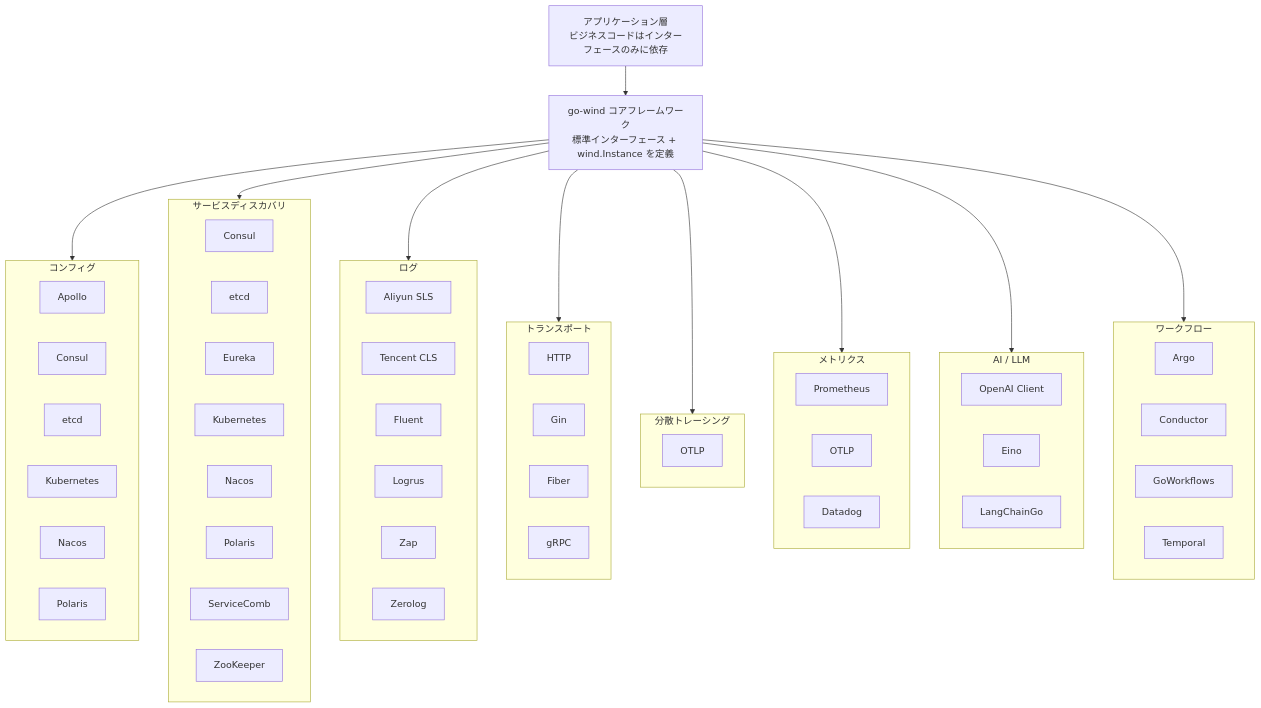
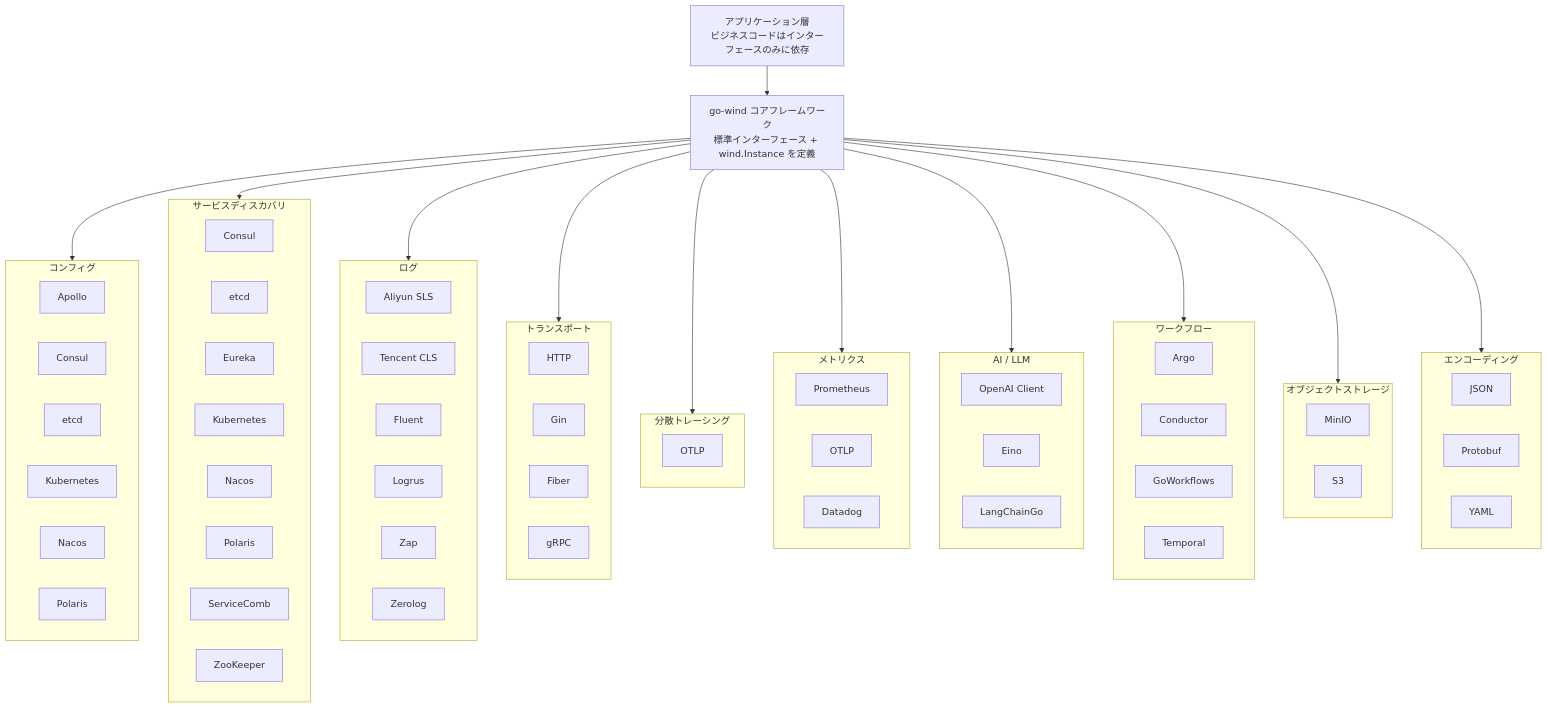
One commit to kalandramo/go-wind-plugins changed the diagram in README_ja.md. Above: the diagram before and after it, drawn with Mermaid. The commit also changed other lines of this file and 123 other files, not shown here.

First line of the commit message:
feat(oss): 添加 MinIO 和 S3 存储客户端实现

````diff
--- a/README_ja.md
+++ b/README_ja.md
@@ -256,6 +282,11 @@
         WTemporal[Temporal]
     end
 
+    subgraph OSS["オブジェクトストレージ"]
+        OMinio[MinIO]
+        OS3[S3]
+    end
+
     App --> Core
     Core --> Config
     Core --> Registry
@@ -265,4 +296,12 @@
     Core --> Metrics
     Core --> AI
     Core --> Workflow
+    Core --> OSS
+    Core --> Encoding
+
+    subgraph Encoding["エンコーディング"]
+        EJSON[JSON]
+        EProto[Protobuf]
+        EYAML[YAML]
+    end
 ```
````
